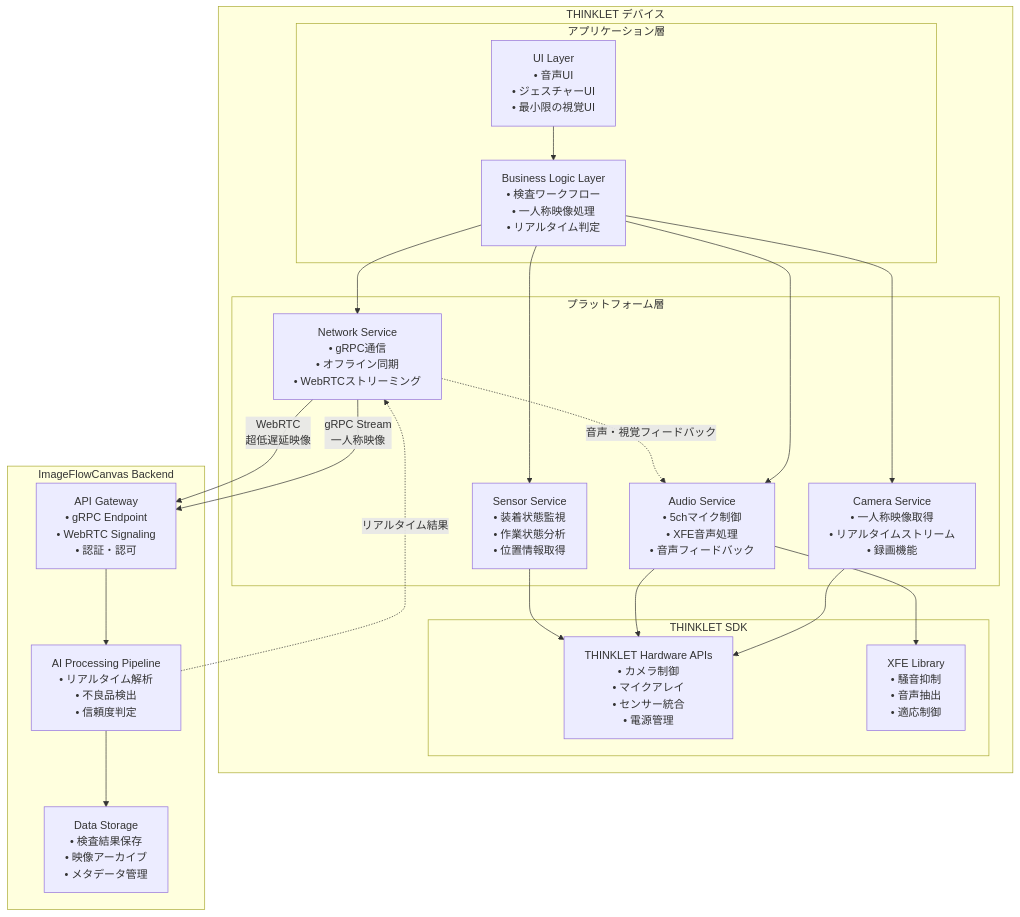
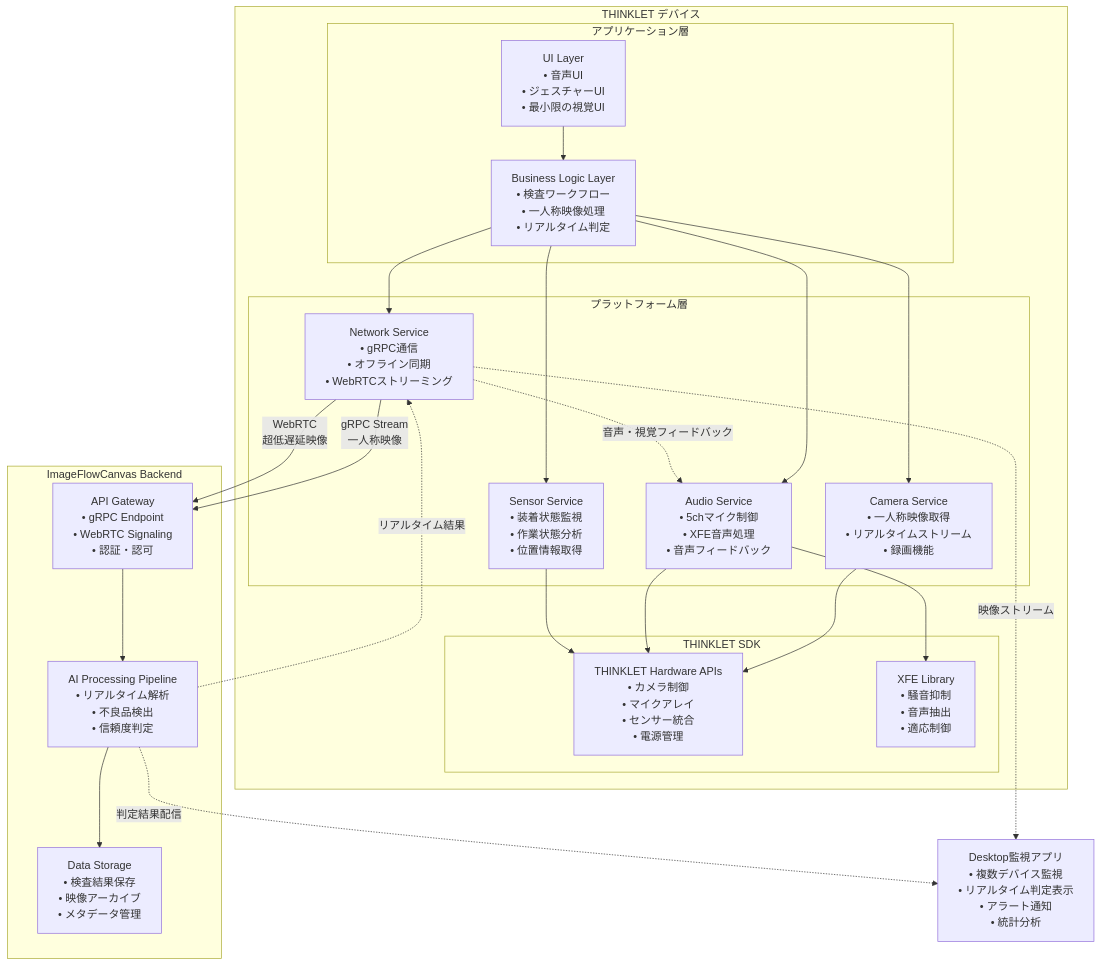
One commit to daichiTAAA/ImageFlowCanvas changed the diagram in docs/0300_設計_アプローチ1/0311_THINKLETアプリ設計.md. Above: the diagram before and after it, drawn with Mermaid. The commit also changed other lines of this file and 2 other files, not shown here.

Commit message:
Remove code from design documents and add desktop display requirement for wearable defect detection

````diff
--- a/docs/0300_設計_アプローチ1/0311_THINKLETアプリ設計.md
+++ b/docs/0300_設計_アプローチ1/0311_THINKLETアプリ設計.md
@@ -102,49 +103,53 @@
 ```mermaid
 graph TB
     subgraph "THINKLET デバイス"
         subgraph "アプリケーション層"
             UILayer[UI Layer<br/>• 音声UI<br/>• ジェスチャーUI<br/>• 最小限の視覚UI]
             BusinessLayer[Business Logic Layer<br/>• 検査ワークフロー<br/>• 一人称映像処理<br/>• リアルタイム判定]
         end
         
         subgraph "プラットフォーム層"
             CameraService[Camera Service<br/>• 一人称映像取得<br/>• リアルタイムストリーム<br/>• 録画機能]
             AudioService[Audio Service<br/>• 5chマイク制御<br/>• XFE音声処理<br/>• 音声フィードバック]
             SensorService[Sensor Service<br/>• 装着状態監視<br/>• 作業状態分析<br/>• 位置情報取得]
             NetworkService[Network Service<br/>• gRPC通信<br/>• オフライン同期<br/>• WebRTCストリーミング]
         end
         
         subgraph "THINKLET SDK"
             ThinkletHardware[THINKLET Hardware APIs<br/>• カメラ制御<br/>• マイクアレイ<br/>• センサー統合<br/>• 電源管理]
             XFELibrary[XFE Library<br/>• 騒音抑制<br/>• 音声抽出<br/>• 適応制御]
         end
     end
     
     subgraph "ImageFlowCanvas Backend"
         APIGateway[API Gateway<br/>• gRPC Endpoint<br/>• WebRTC Signaling<br/>• 認証・認可]
         AIProcessing[AI Processing Pipeline<br/>• リアルタイム解析<br/>• 不良品検出<br/>• 信頼度判定]
         DataStorage[Data Storage<br/>• 検査結果保存<br/>• 映像アーカイブ<br/>• メタデータ管理]
     end
     
     %% デバイス内通信
     UILayer --> BusinessLayer
     BusinessLayer --> CameraService
     BusinessLayer --> AudioService  
     BusinessLayer --> SensorService
     BusinessLayer --> NetworkService
     
     CameraService --> ThinkletHardware
     AudioService --> ThinkletHardware
     AudioService --> XFELibrary
     SensorService --> ThinkletHardware
     
     %% バックエンド通信
     NetworkService -->|gRPC Stream<br/>一人称映像| APIGateway
     NetworkService -->|WebRTC<br/>超低遅延映像| APIGateway
     APIGateway --> AIProcessing
     AIProcessing --> DataStorage
     
     %% フィードバックループ
     AIProcessing -.->|リアルタイム結果| NetworkService
     NetworkService -.->|音声・視覚フィードバック| AudioService
+    
+    %% デスクトップ連携
+    AIProcessing -.->|判定結果配信| DesktopApp[Desktop監視アプリ<br/>• 複数デバイス監視<br/>• リアルタイム判定表示<br/>• アラート通知<br/>• 統計分析]
+    NetworkService -.->|映像ストリーム| DesktopApp
 ```
````
